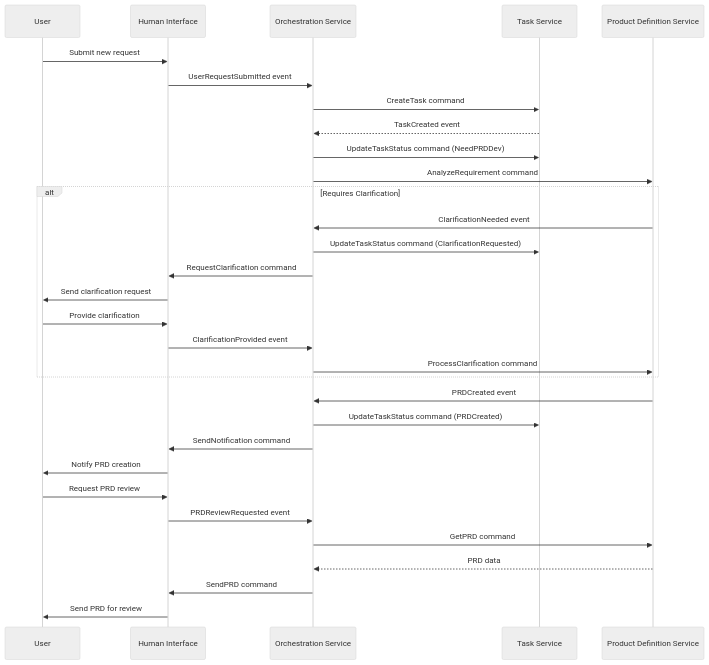
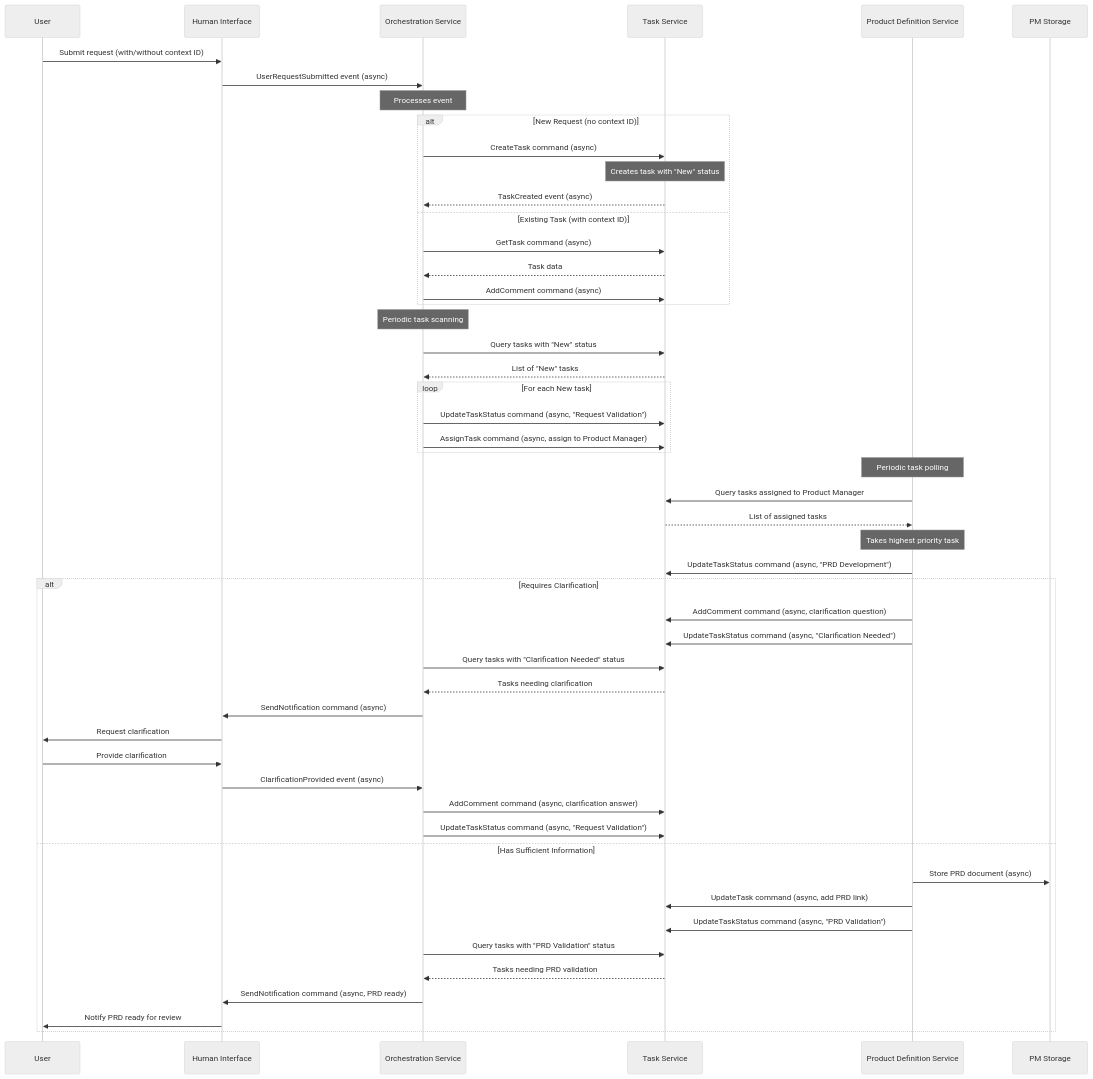
One commit to kgatilin/aihive changed the second of 2 diagrams in docs/roadmap/phase1_implementation.md. Above: the diagram before and after it, drawn with Mermaid (neutral theme). The commit also changed other lines of this file and 1 other file, not shown here.

Commit message:
Update Phase 1 documentation to implement asynchronous workflow with task scanning and polling

````diff
--- a/docs/roadmap/phase1_implementation.md
+++ b/docs/roadmap/phase1_implementation.md
@@ -152,36 +182,61 @@
 ```mermaid
 sequenceDiagram
     participant User
     participant HI as Human Interface
     participant OS as Orchestration Service
     participant TS as Task Service
     participant PDS as Product Definition Service
     
-    User->>HI: Submit new request
-    HI->>OS: UserRequestSubmitted event
-    OS->>TS: CreateTask command
-    TS-->>OS: TaskCreated event
-    OS->>TS: UpdateTaskStatus command (NeedPRDDev)
-    OS->>PDS: AnalyzeRequirement command
+    User->>HI: Submit request (with/without context ID)
+    HI->>OS: UserRequestSubmitted event (async)
+    
+    Note over OS: Processes event
+    
+    alt New Request (no context ID)
+        OS->>TS: CreateTask command (async)
+        Note over TS: Creates task with "New" status
+        TS-->>OS: TaskCreated event (async)
+    else Existing Task (with context ID)
+        OS->>TS: GetTask command (async)
+        TS-->>OS: Task data
+        OS->>TS: AddComment command (async)
+    end
+    
+    Note over OS: Periodic task scanning
+    OS->>TS: Query tasks with "New" status
+    TS-->>OS: List of "New" tasks
+    
+    loop For each New task
+        OS->>TS: UpdateTaskStatus command (async, "Request Validation")
+        OS->>TS: AssignTask command (async, assign to Product Manager)
+    end
+    
+    Note over PDS: Periodic task polling
+    PDS->>TS: Query tasks assigned to Product Manager
+    TS-->>PDS: List of assigned tasks
+    
+    Note over PDS: Takes highest priority task
+    
+    PDS->>TS: UpdateTaskStatus command (async, "PRD Development")
     
     alt Requires Clarification
-        PDS->>OS: ClarificationNeeded event
-        OS->>TS: UpdateTaskStatus command (ClarificationRequested)
-        OS->>HI: RequestClarification command
-        HI->>User: Send clarification request
+        PDS->>TS: AddComment command (async, clarification question)
+        PDS->>TS: UpdateTaskStatus command (async, "Clarification Needed")
+        OS->>TS: Query tasks with "Clarification Needed" status
+        TS-->>OS: Tasks needing clarification
+        OS->>HI: SendNotification command (async)
+        HI->>User: Request clarification
         User->>HI: Provide clarification
-        HI->>OS: ClarificationProvided event
-        OS->>PDS: ProcessClarification command
+        HI->>OS: ClarificationProvided event (async)
+        OS->>TS: AddComment command (async, clarification answer)
+        OS->>TS: UpdateTaskStatus command (async, "Request Validation")
+    else Has Sufficient Information
+        PDS->>PM Storage: Store PRD document (async)
+        PDS->>TS: UpdateTask command (async, add PRD link)
+        PDS->>TS: UpdateTaskStatus command (async, "PRD Validation")
+        OS->>TS: Query tasks with "PRD Validation" status
+        TS-->>OS: Tasks needing PRD validation
+        OS->>HI: SendNotification command (async, PRD ready)
+        HI->>User: Notify PRD ready for review
     end
-    
-    PDS->>OS: PRDCreated event
-    OS->>TS: UpdateTaskStatus command (PRDCreated)
-    OS->>HI: SendNotification command
-    HI->>User: Notify PRD creation
-    User->>HI: Request PRD review
-    HI->>OS: PRDReviewRequested event
-    OS->>PDS: GetPRD command
-    PDS-->>OS: PRD data
-    OS->>HI: SendPRD command
-    HI->>User: Send PRD for review
 ```
````
